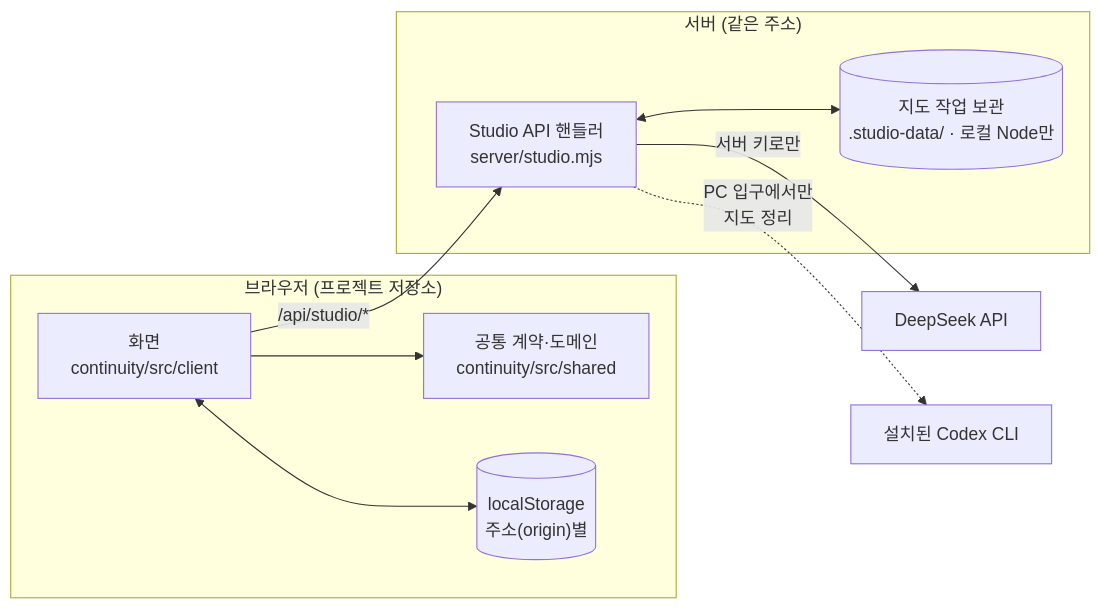
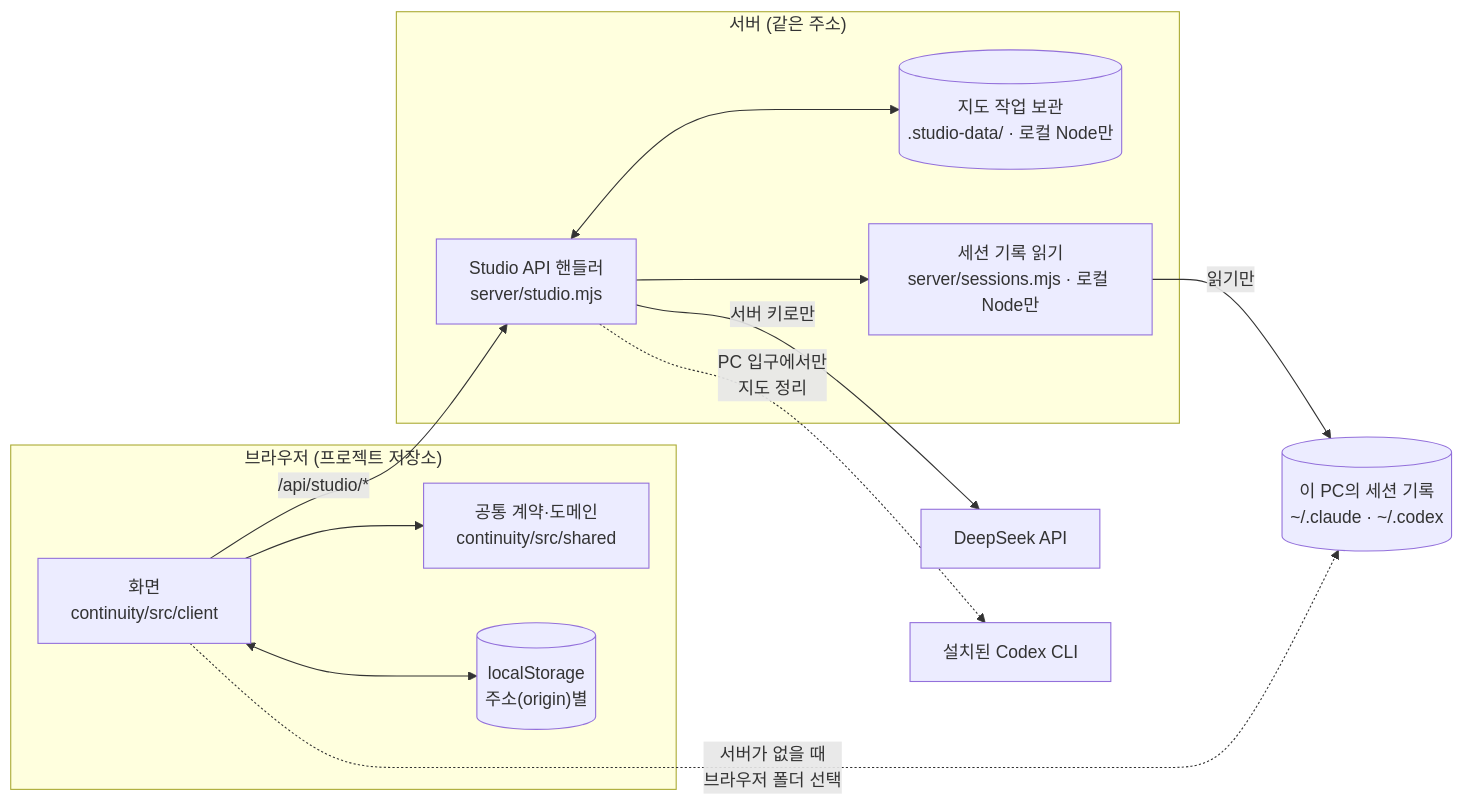
One commit to tlsee0813-cmd/agentflow-studio changed the diagram in docs/ARCHITECTURE_KO.md. Above: the diagram before and after it, drawn with Mermaid. The commit also changed other lines of this file and 4 other files, not shown here.

````diff
--- a/docs/ARCHITECTURE_KO.md
+++ b/docs/ARCHITECTURE_KO.md
@@ -10,20 +10,26 @@
 ```mermaid
 flowchart LR
   subgraph Browser["브라우저 (프로젝트 저장소)"]
     UI["화면<br/>continuity/src/client"]
     Shared["공통 계약·도메인<br/>continuity/src/shared"]
     LS[("localStorage<br/>주소(origin)별")]
     UI --> Shared
     UI <--> LS
   end
 
   subgraph Host["서버 (같은 주소)"]
     Handler["Studio API 핸들러<br/>server/studio.mjs"]
     Jobs[("지도 작업 보관<br/>.studio-data/ · 로컬 Node만")]
+    Sessions["세션 기록 읽기<br/>server/sessions.mjs · 로컬 Node만"]
     Handler <--> Jobs
+    Handler --> Sessions
   end
+
+  PCFiles[("이 PC의 세션 기록<br/>~/.claude · ~/.codex")]
+  Sessions -- "읽기만" --> PCFiles
+  UI -. "서버가 없을 때<br/>브라우저 폴더 선택" .-> PCFiles
 
   UI -- "/api/studio/*" --> Handler
   Handler -- "서버 키로만" --> DeepSeek["DeepSeek API"]
   Handler -. "PC 입구에서만<br/>지도 정리" .-> Codex["설치된 Codex CLI"]
 ```
````
